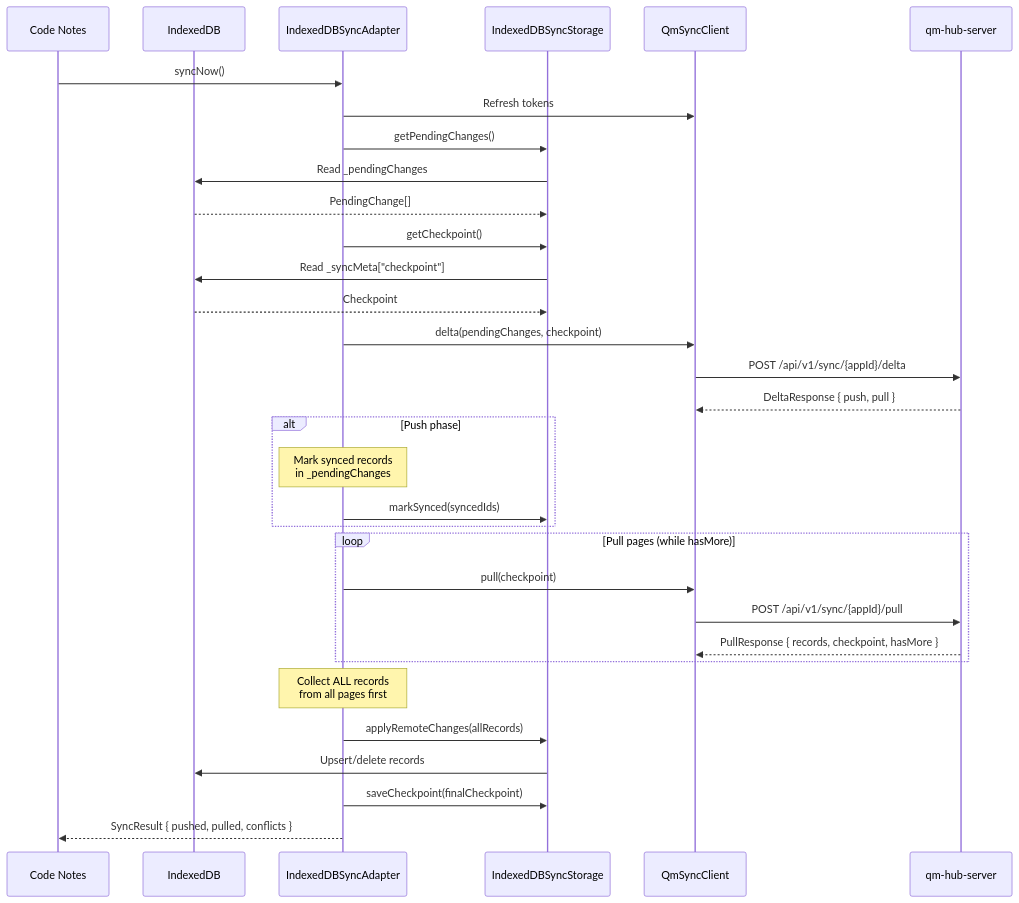
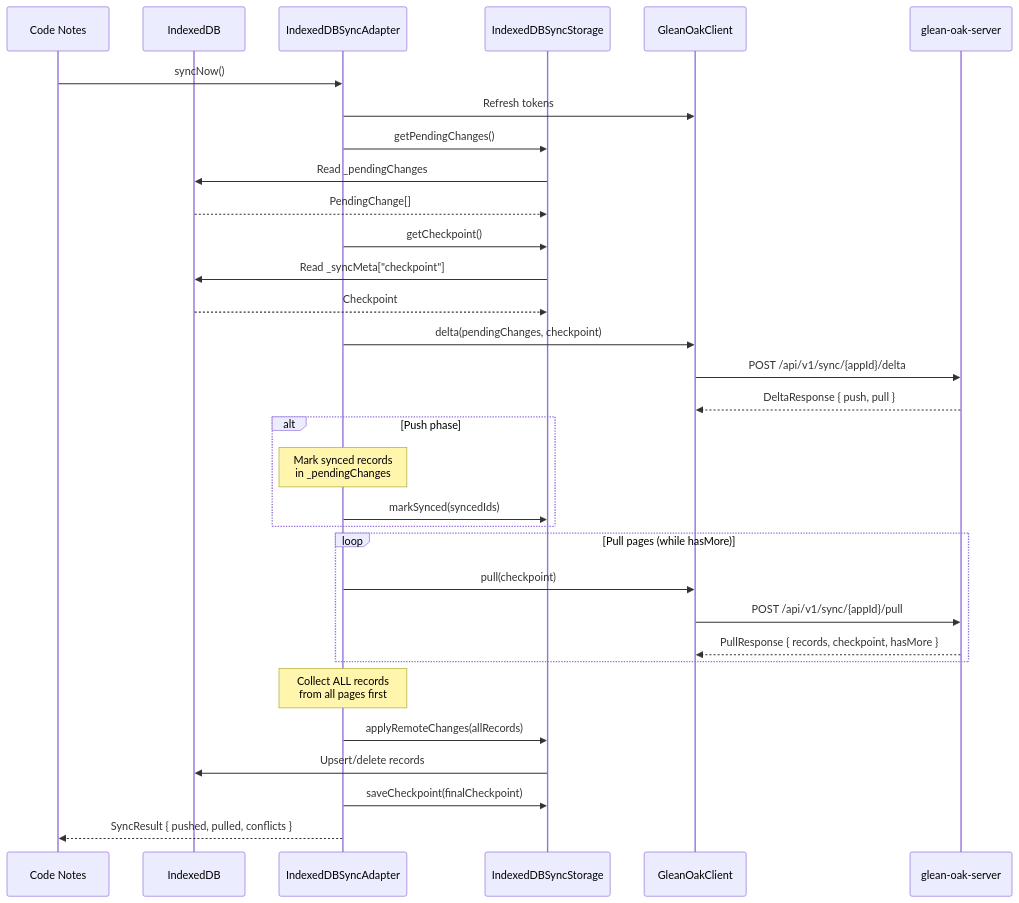
One commit to loidinhm31/code-notes changed the seventh of 13 diagrams in docs/architecture.md. Above: the diagram before and after it, drawn with Mermaid. The commit also changed other lines of this file and 15 other files, not shown here.

````diff
--- a/docs/architecture.md
+++ b/docs/architecture.md
@@ -261,42 +261,42 @@
 ```mermaid
 sequenceDiagram
     participant App as Code Notes
     participant IDB as IndexedDB
     participant Sync as IndexedDBSyncAdapter
     participant Storage as IndexedDBSyncStorage
-    participant Client as QmSyncClient
-    participant Server as qm-hub-server
+    participant Client as GleanOakClient
+    participant Server as glean-oak-server
 
     App->>Sync: syncNow()
     Sync->>Client: Refresh tokens
     Sync->>Storage: getPendingChanges()
     Storage->>IDB: Read _pendingChanges
     IDB-->>Storage: PendingChange[]
     Sync->>Storage: getCheckpoint()
     Storage->>IDB: Read _syncMeta["checkpoint"]
     IDB-->>Storage: Checkpoint
 
     Sync->>Client: delta(pendingChanges, checkpoint)
     Client->>Server: POST /api/v1/sync/{appId}/delta
 
     Server-->>Client: DeltaResponse { push, pull }
 
     alt Push phase
         Note over Sync: Mark synced records<br/>in _pendingChanges
         Sync->>Storage: markSynced(syncedIds)
     end
 
     loop Pull pages (while hasMore)
         Sync->>Client: pull(checkpoint)
         Client->>Server: POST /api/v1/sync/{appId}/pull
         Server-->>Client: PullResponse { records, checkpoint, hasMore }
     end
 
     Note over Sync: Collect ALL records<br/>from all pages first
 
     Sync->>Storage: applyRemoteChanges(allRecords)
     Storage->>IDB: Upsert/delete records
     Sync->>Storage: saveCheckpoint(finalCheckpoint)
 
     Sync-->>App: SyncResult { pushed, pulled, conflicts }
 ```
````
